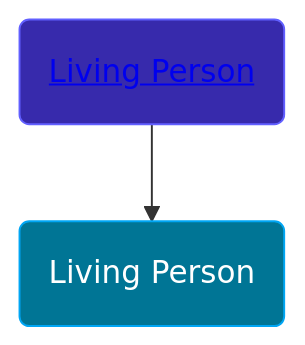
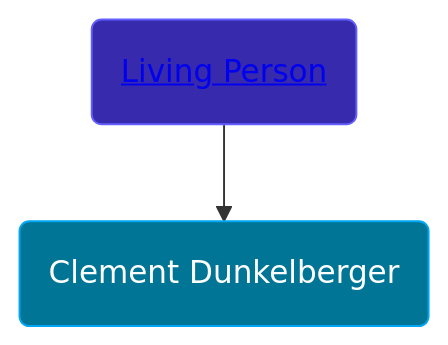
One commit to wpmgotkh/wpmgotkh.github.io changed the diagram in pages/people/1/13545057.md. Above: the diagram before and after it, drawn with Mermaid. The commit also changed other lines of this file and 586 other files, not shown here.

Commit message:
feat: better shouldConsiderPersonLiving algo

````diff
--- a/pages/people/1/13545057.md
+++ b/pages/people/1/13545057.md
@@ -10,8 +10,8 @@
 ```mermaid
 graph
 classDef grands fill:#193cb8,stroke:#2b7fff,stroke-width:1px,color:#fff;
 classDef parents fill:#372aac,stroke:#615fff,stroke-width:1px,color:#fff;
 classDef primary fill:#007595,stroke:#00a6f4,stroke-width:1px,color:#fff;
-13545057(Living Person):::primary
+13545057(Clement Dunkelberger):::primary
 18284468(<a class="text-white" href="/people/1/18284468">Living Person</a>):::parents-->13545057
 ```
````
